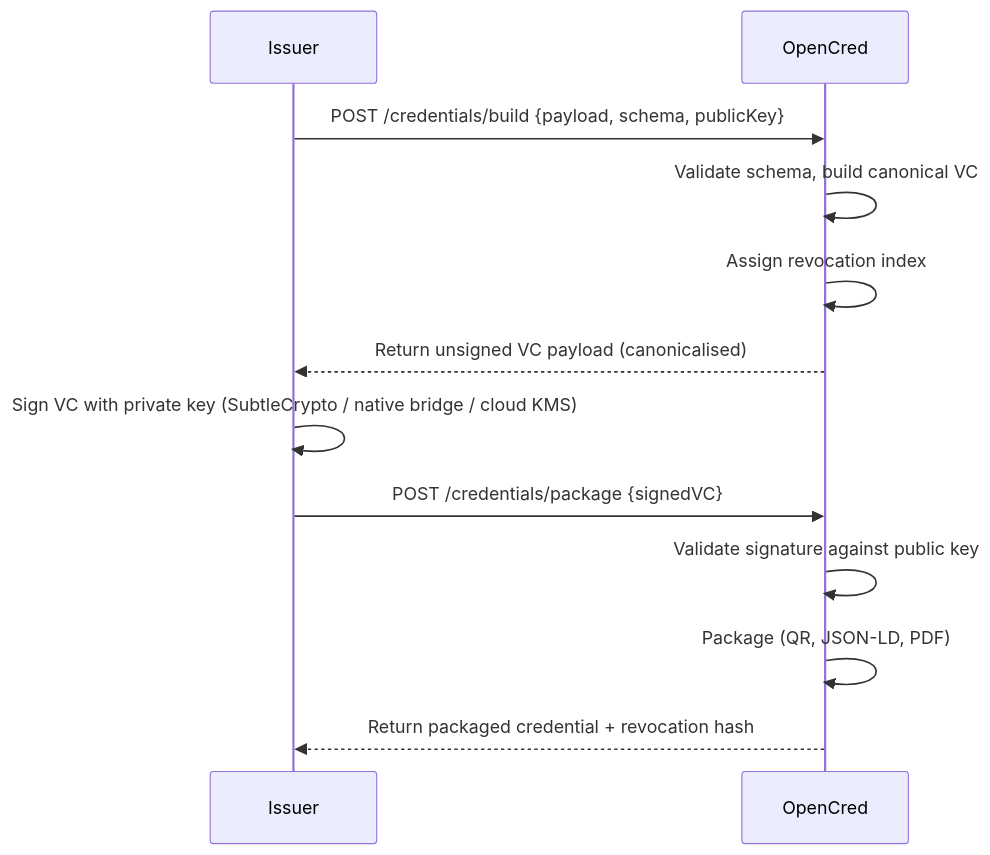
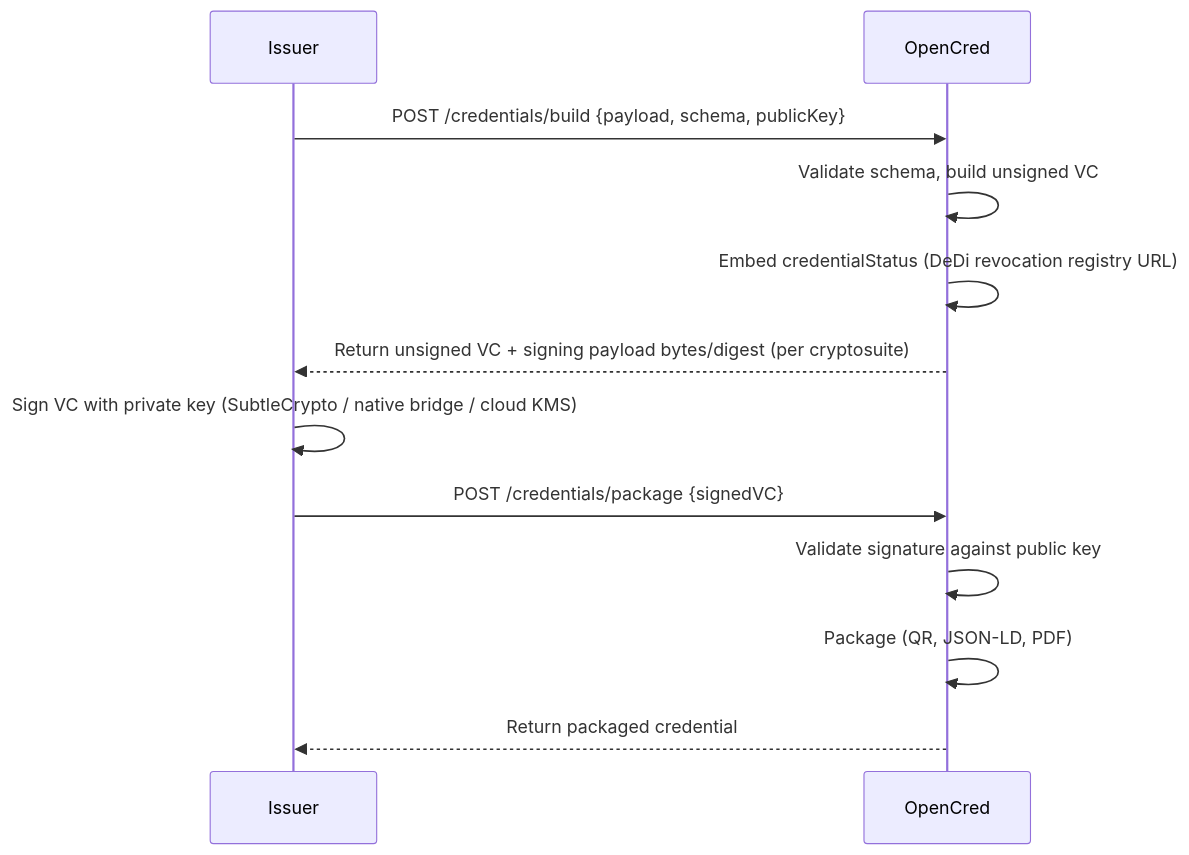
Before and after one commit to nfh-trust-labs/opencred: the second of 7 diagrams in OpenCred_PRD.md, drawn with Mermaid. The commit also changed other lines of this file, not shown here.

Commit message:
docs: align PRD revocation and delegation semantics

````diff
--- a/OpenCred_PRD.md
+++ b/OpenCred_PRD.md
@@ -278,15 +280,15 @@
 ```mermaid
 sequenceDiagram
     participant Issuer
     participant OpenCred
 
     Issuer->>OpenCred: POST /credentials/build {payload, schema, publicKey}
-    OpenCred->>OpenCred: Validate schema, build canonical VC
-    OpenCred->>OpenCred: Assign revocation index
-    OpenCred-->>Issuer: Return unsigned VC payload (canonicalised)
+    OpenCred->>OpenCred: Validate schema, build unsigned VC
+    OpenCred->>OpenCred: Embed credentialStatus (DeDi revocation registry URL)
+    OpenCred-->>Issuer: Return unsigned VC + signing payload bytes/digest (per cryptosuite)
     Issuer->>Issuer: Sign VC with private key (SubtleCrypto / native bridge / cloud KMS)
     Issuer->>OpenCred: POST /credentials/package {signedVC}
     OpenCred->>OpenCred: Validate signature against public key
     OpenCred->>OpenCred: Package (QR, JSON-LD, PDF)
-    OpenCred-->>Issuer: Return packaged credential + revocation hash
+    OpenCred-->>Issuer: Return packaged credential
 ```
````
